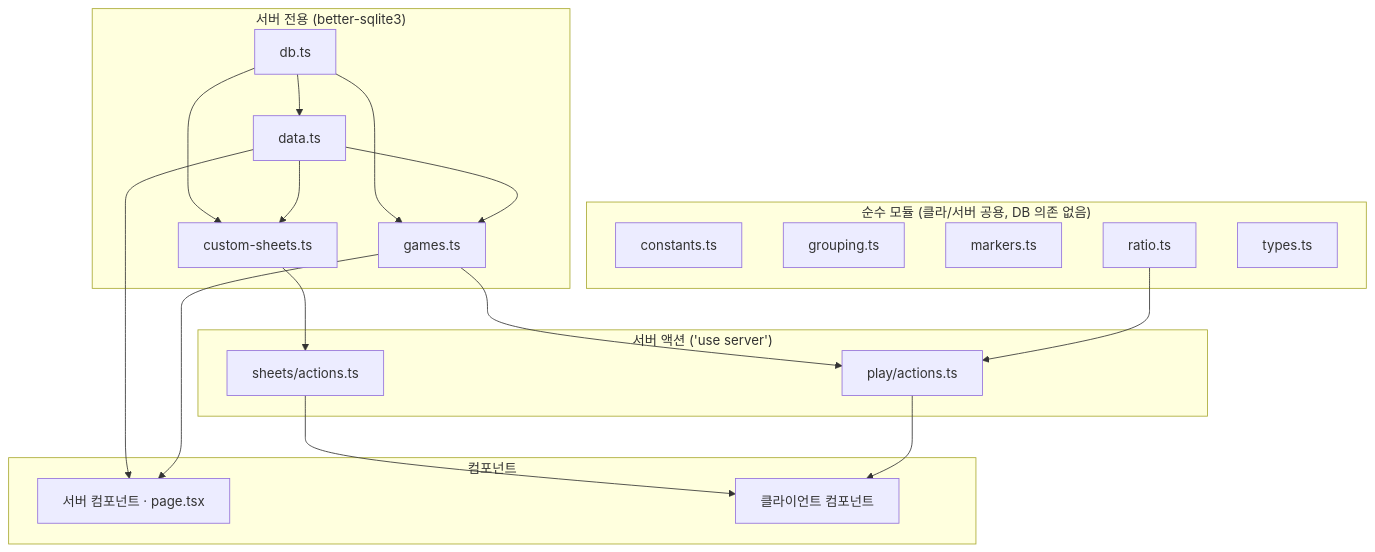
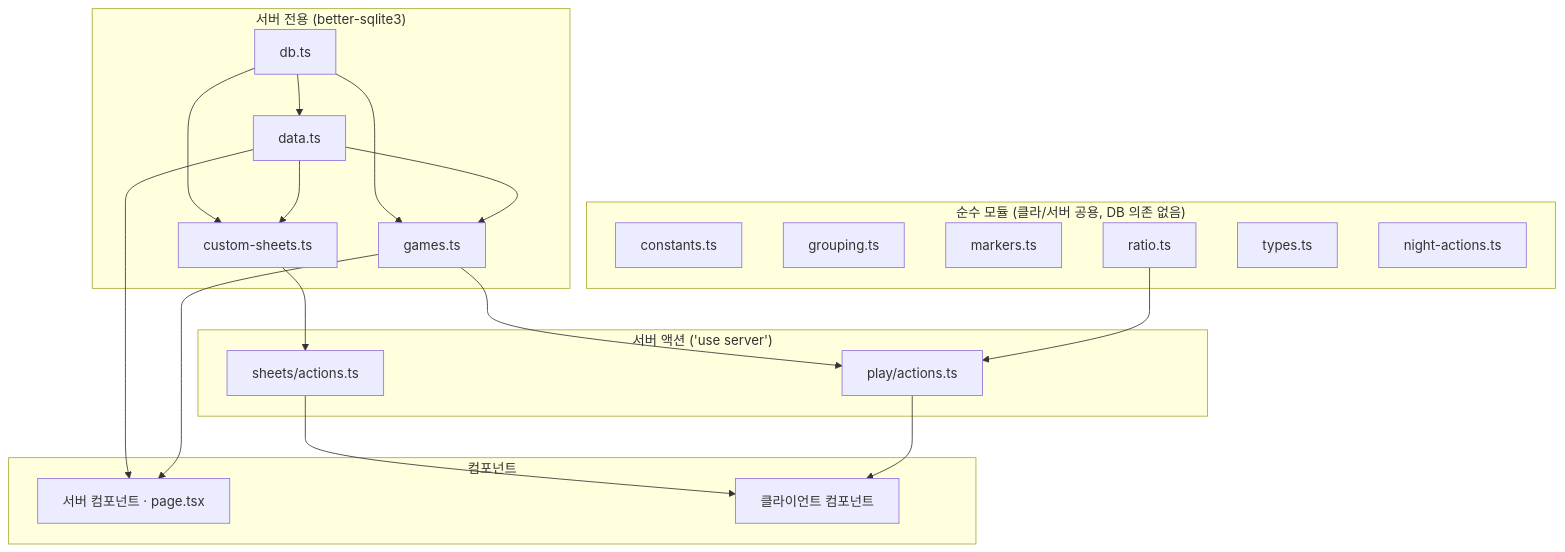
The diagram in docs/wiki/03-architecture.md (daseul22/botc-grimoire), drawn with Mermaid before and after one commit. The commit also changed other lines of this file and 6 other files, not shown here.

````diff
--- a/docs/wiki/03-architecture.md
+++ b/docs/wiki/03-architecture.md
@@ -7,33 +7,34 @@
 ```mermaid
 flowchart TD
   subgraph pure["순수 모듈 (클라/서버 공용, DB 의존 없음)"]
     CO[constants.ts]
     GR[grouping.ts]
     MK[markers.ts]
     RA[ratio.ts]
     TY[types.ts]
+    NA[night-actions.ts]
   end
   subgraph server["서버 전용 (better-sqlite3)"]
     DBm[db.ts]
     DA[data.ts]
     CS[custom-sheets.ts]
     GA[games.ts]
   end
   DBm --> DA & CS & GA
   DA --> CS & GA
   subgraph actions["서버 액션 ('use server')"]
     SA[sheets/actions.ts]
     PA[play/actions.ts]
   end
   CS --> SA
   GA --> PA
   RA --> PA
   subgraph ui["컴포넌트"]
     SC[서버 컴포넌트 · page.tsx]
     CC[클라이언트 컴포넌트]
   end
   DA --> SC
   GA --> SC
   SA --> CC
   PA --> CC
 ```
````
